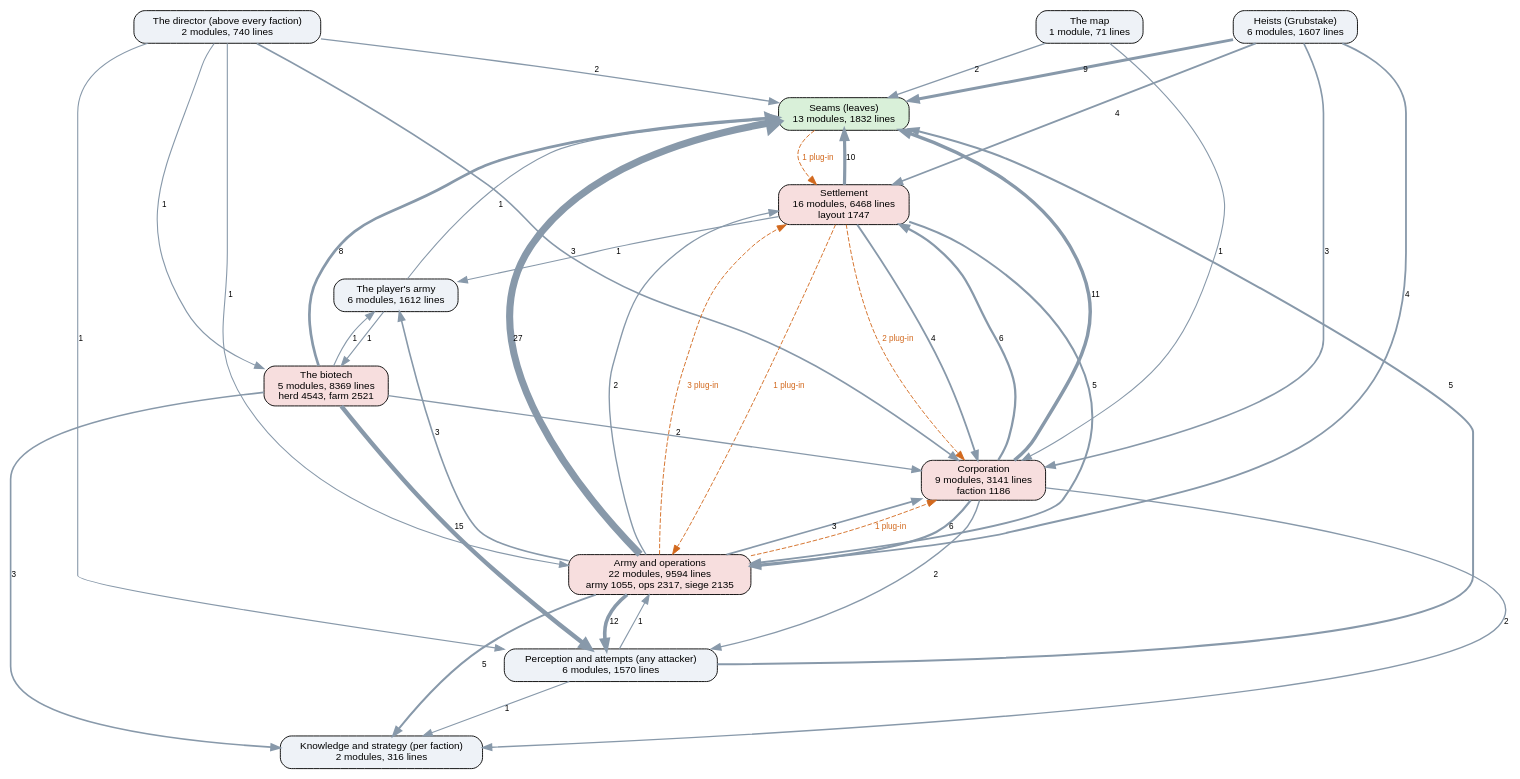
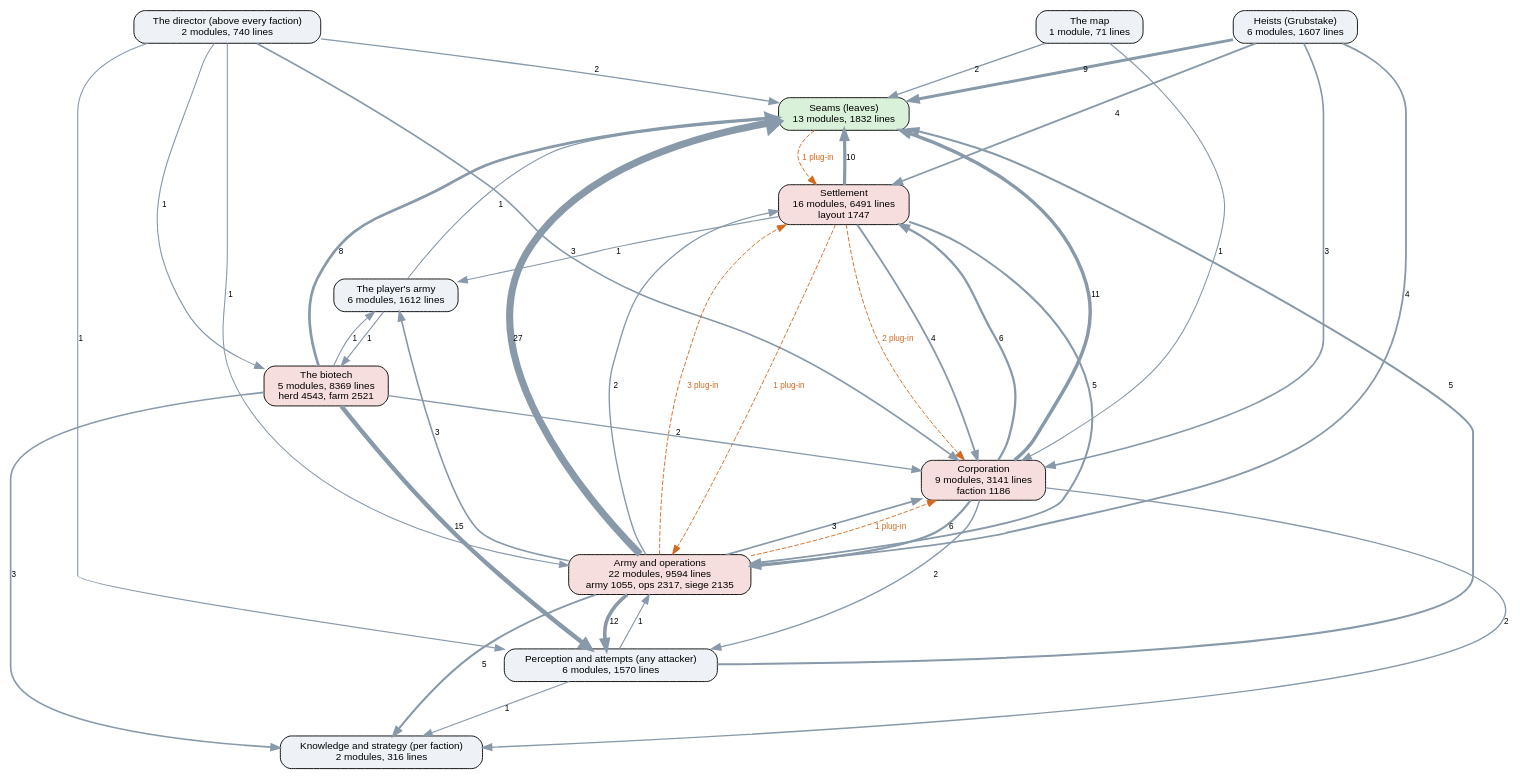
Before and after one commit to kinelhu/landing-party: the diagram in docs/ai-layers.dot, drawn with Graphviz. The commit also changed 10 other files, not shown here.

```diff
--- a/docs/ai-layers.dot
+++ b/docs/ai-layers.dot
@@ -1,57 +1,57 @@
 digraph layers {
   graph [rankdir=TB, fontname="Helvetica", nodesep=0.5, ranksep=0.7];
   node [shape=box, style="rounded,filled", fontname="Helvetica", fontsize=11, fillcolor="#eef2f7"];
   edge [color="#8899aa", fontname="Helvetica", fontsize=9];
   "Seams (leaves)" [label="Seams (leaves)\n13 modules, 1832 lines", fillcolor="#d9f0d9"];
   "Perception and attempts (any attacker)" [label="Perception and attempts (any attacker)\n6 modules, 1570 lines", fillcolor="#eef2f7"];
   "Knowledge and strategy (per faction)" [label="Knowledge and strategy (per faction)\n2 modules, 316 lines", fillcolor="#eef2f7"];
   "The director (above every faction)" [label="The director (above every faction)\n2 modules, 740 lines", fillcolor="#eef2f7"];
   "Corporation" [label="Corporation\n9 modules, 3141 lines\nfaction 1186", fillcolor="#f7dede"];
-  "Settlement" [label="Settlement\n16 modules, 6468 lines\nlayout 1747", fillcolor="#f7dede"];
+  "Settlement" [label="Settlement\n16 modules, 6491 lines\nlayout 1747", fillcolor="#f7dede"];
   "Army and operations" [label="Army and operations\n22 modules, 9594 lines\narmy 1055, ops 2317, siege 2135", fillcolor="#f7dede"];
   "Heists (Grubstake)" [label="Heists (Grubstake)\n6 modules, 1607 lines", fillcolor="#eef2f7"];
   "The biotech" [label="The biotech\n5 modules, 8369 lines\nherd 4543, farm 2521", fillcolor="#f7dede"];
   "The map" [label="The map\n1 module, 71 lines", fillcolor="#eef2f7"];
   "The player's army" [label="The player's army\n6 modules, 1612 lines", fillcolor="#eef2f7"];
   "Army and operations" -> "Corporation" [label="3", penwidth=1.8];
   "Army and operations" -> "Knowledge and strategy (per faction)" [label="5", penwidth=2.2];
   "Army and operations" -> "Perception and attempts (any attacker)" [label="12", penwidth=4.0];
   "Army and operations" -> "Seams (leaves)" [label="27", penwidth=7.8];
   "Army and operations" -> "Settlement" [label="2", penwidth=1.5];
   "Army and operations" -> "The player's army" [label="3", penwidth=1.8];
   "Corporation" -> "Army and operations" [label="6", penwidth=2.5];
   "Corporation" -> "Knowledge and strategy (per faction)" [label="2", penwidth=1.5];
   "Corporation" -> "Perception and attempts (any attacker)" [label="2", penwidth=1.5];
   "Corporation" -> "Seams (leaves)" [label="11", penwidth=3.8];
   "Corporation" -> "Settlement" [label="6", penwidth=2.5];
   "Heists (Grubstake)" -> "Army and operations" [label="4", penwidth=2.0];
   "Heists (Grubstake)" -> "Corporation" [label="3", penwidth=1.8];
   "Heists (Grubstake)" -> "Seams (leaves)" [label="9", penwidth=3.2];
   "Heists (Grubstake)" -> "Settlement" [label="4", penwidth=2.0];
   "Perception and attempts (any attacker)" -> "Army and operations" [label="1", penwidth=1.2];
   "Perception and attempts (any attacker)" -> "Knowledge and strategy (per faction)" [label="1", penwidth=1.2];
   "Perception and attempts (any attacker)" -> "Seams (leaves)" [label="5", penwidth=2.2];
   "Settlement" -> "Army and operations" [label="5", penwidth=2.2];
   "Settlement" -> "Corporation" [label="4", penwidth=2.0];
   "Settlement" -> "Seams (leaves)" [label="10", penwidth=3.5];
   "Settlement" -> "The player's army" [label="1", penwidth=1.2];
   "The biotech" -> "Corporation" [label="2", penwidth=1.5];
   "The biotech" -> "Knowledge and strategy (per faction)" [label="3", penwidth=1.8];
   "The biotech" -> "Perception and attempts (any attacker)" [label="15", penwidth=4.8];
   "The biotech" -> "Seams (leaves)" [label="8", penwidth=3.0];
   "The biotech" -> "The player's army" [label="1", penwidth=1.2];
   "The director (above every faction)" -> "Army and operations" [label="1", penwidth=1.2];
   "The director (above every faction)" -> "Corporation" [label="3", penwidth=1.8];
   "The director (above every faction)" -> "Perception and attempts (any attacker)" [label="1", penwidth=1.2];
   "The director (above every faction)" -> "Seams (leaves)" [label="2", penwidth=1.5];
   "The director (above every faction)" -> "The biotech" [label="1", penwidth=1.2];
   "The map" -> "Corporation" [label="1", penwidth=1.2];
   "The map" -> "Seams (leaves)" [label="2", penwidth=1.5];
   "The player's army" -> "Seams (leaves)" [label="1", penwidth=1.2];
   "The player's army" -> "The biotech" [label="1", penwidth=1.2];
   "Army and operations" -> "Corporation" [style=dashed, color="#d2691e", fontcolor="#d2691e", label="1 plug-in"];
   "Army and operations" -> "Settlement" [style=dashed, color="#d2691e", fontcolor="#d2691e", label="3 plug-in"];
   "Seams (leaves)" -> "Settlement" [style=dashed, color="#d2691e", fontcolor="#d2691e", label="1 plug-in"];
   "Settlement" -> "Army and operations" [style=dashed, color="#d2691e", fontcolor="#d2691e", label="1 plug-in"];
   "Settlement" -> "Corporation" [style=dashed, color="#d2691e", fontcolor="#d2691e", label="2 plug-in"];
 }
```
